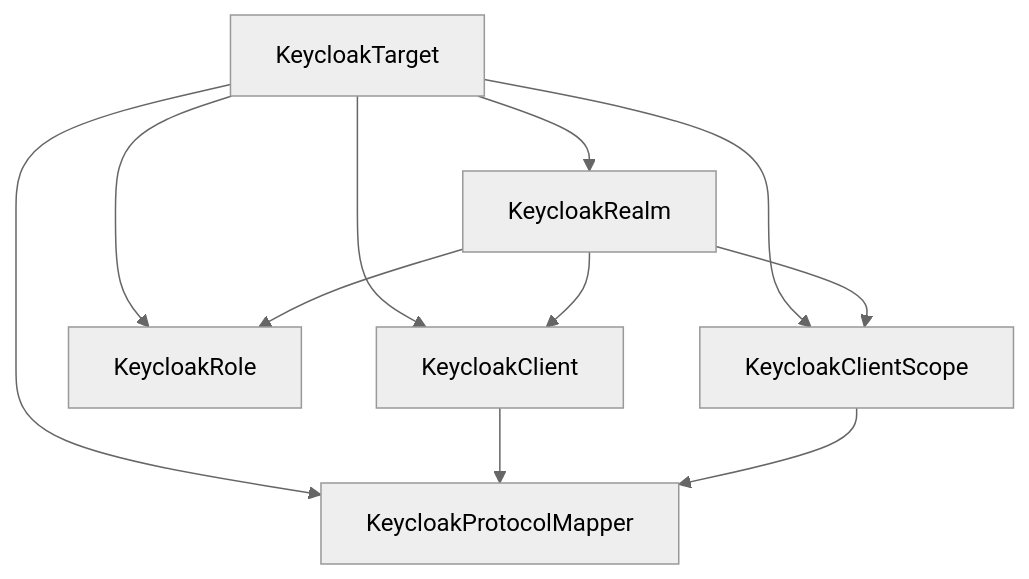
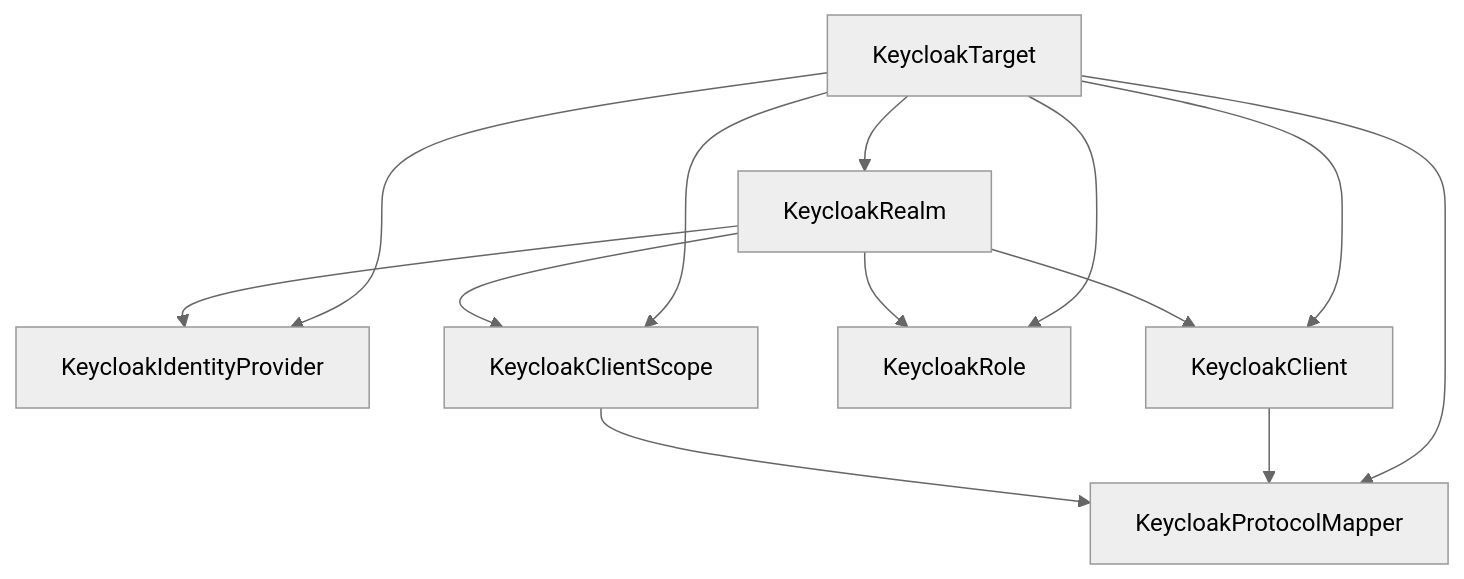
One commit to clouddicted/keycloak-config-operator changed the diagram in docs/resources/index.md. Above: the diagram before and after it, drawn with Mermaid (neutral theme). The commit also changed other lines of this file and 30 other files, not shown here.

Commit message:
feat(idp): add basic identity provider resource

````diff
--- a/docs/resources/index.md
+++ b/docs/resources/index.md
@@ -24,14 +25,16 @@
 ```mermaid
 flowchart TD
   target[KeycloakTarget] --> realm[KeycloakRealm]
+  target --> idp[KeycloakIdentityProvider]
   target --> client[KeycloakClient]
   target --> role[KeycloakRole]
   target --> scope[KeycloakClientScope]
   target --> mapper[KeycloakProtocolMapper]
 
+  realm --> idp
   realm --> client
   realm --> role
   realm --> scope
   client --> mapper
   scope --> mapper
 ```
````
